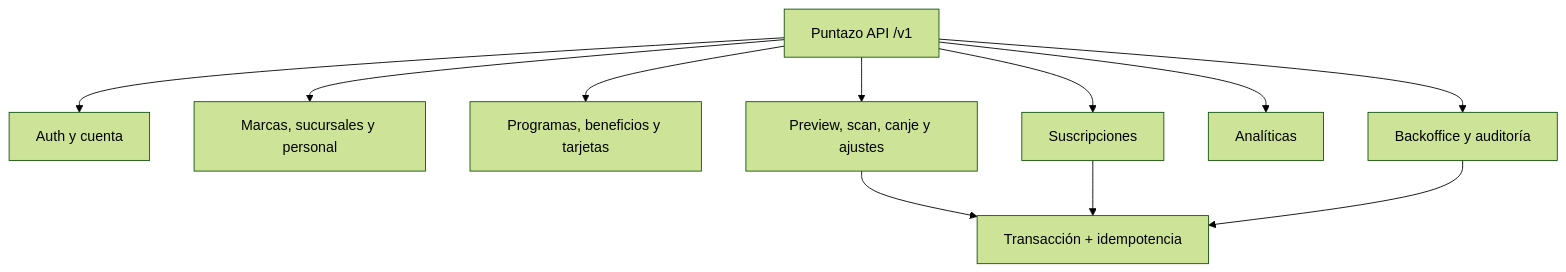
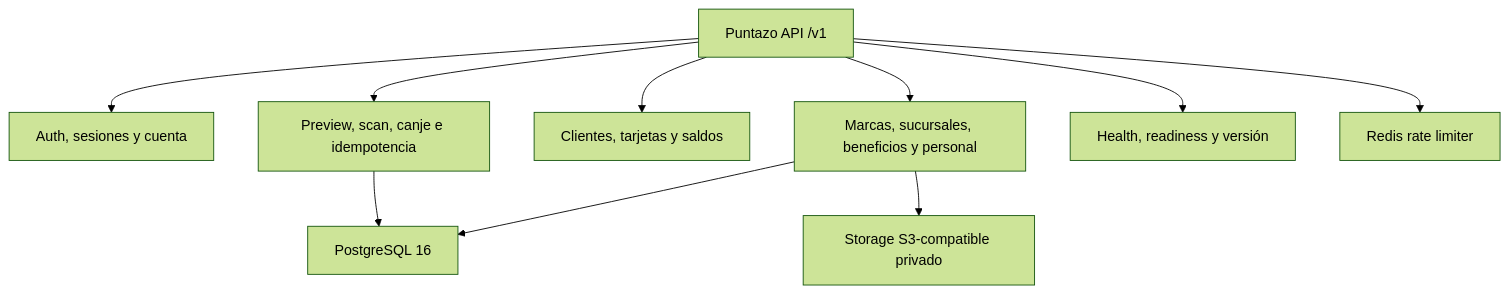
The diagram in docs/backend/01-api-contract.md (gagonzalez1/puntazo-docs), drawn with Mermaid (forest theme) before and after one commit. The commit also changed other lines of this file and 1 other file, not shown here.

Commit message:
docs(api): synchronize implemented backend contract

````diff
--- a/docs/backend/01-api-contract.md
+++ b/docs/backend/01-api-contract.md
@@ -21,14 +24,14 @@
 ```mermaid
 flowchart TB
-  API["Puntazo API /v1"] --> AU["Auth y cuenta"]
-  API --> MA["Marcas, sucursales y personal"]
-  API --> LO["Programas, beneficios y tarjetas"]
-  API --> MO["Preview, scan, canje y ajustes"]
-  API --> SU["Suscripciones"]
-  API --> AN["Analíticas"]
-  API --> BO["Backoffice y auditoría"]
-  MO --> DB["Transacción + idempotencia"]
-  SU --> DB
-  BO --> DB
-  click DB href "#/backend-database-physical" "Abrir diseño físico"
+  API["Puntazo API /v1"] --> AU["Auth, sesiones y cuenta"]
+  API --> MA["Marcas, sucursales, beneficios y personal"]
+  API --> LO["Clientes, tarjetas y saldos"]
+  API --> MO["Preview, scan, canje e idempotencia"]
+  API --> OP["Health, readiness y versión"]
+  MA --> PG["PostgreSQL 16"]
+  MO --> PG
+  MA --> S3["Storage S3-compatible privado"]
+  API --> RD["Redis rate limiter"]
+  click PG href "#/backend-database-physical" "Abrir datos físicos"
+  click API href "#/c4-containers" "Abrir contenedores"
 ```
````
